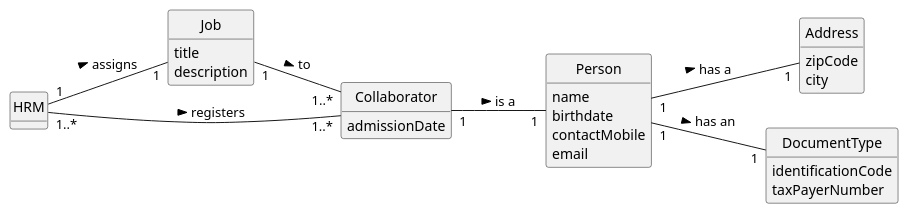
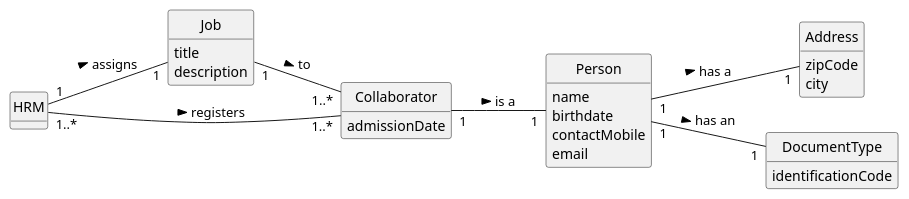
One commit to ricardomm7/leaflink changed the diagram in docs/sprintB/us003/02.analysis/puml/us003-domain-model.puml. Above: the diagram before and after it, drawn with PlantUML. The commit also changed 27 other files, not shown here.

```diff
--- a/docs/sprintB/us003/02.analysis/puml/us003-domain-model.puml
+++ b/docs/sprintB/us003/02.analysis/puml/us003-domain-model.puml
@@ -1,51 +1,50 @@
 @startuml
 skinparam monochrome true
 skinparam packageStyle rectangle
 skinparam shadowing false
 
 left to right direction
 
 skinparam classAttributeIconSize 0
 
 hide circle
 hide methods
 
 
 class HRM {
 }
 
 class Job {
     title
     description
 }
 
 class Collaborator {
     admissionDate
 }
 
 class Person {
     name
     birthdate
     contactMobile
     email
 }
 
 class Address{
     zipCode
     city
 }
 
 class DocumentType{
   identificationCode
-  taxPayerNumber
 }
 
 ' Relationships
 Person "1" -- "1" Address: has a >
 Collaborator "1" -- "1" Person: is a >
 Person  "1" -- "1"  DocumentType : has an >
 HRM "1..*" -- "1..*" Collaborator : registers >
 HRM "1" -- "1" Job : assigns >
 Job "1" -- "1..*" Collaborator : to >
 
 @enduml
```
